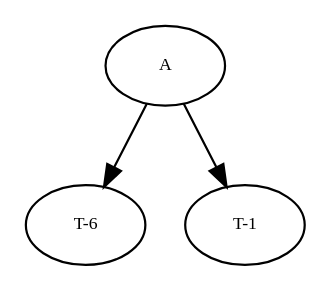
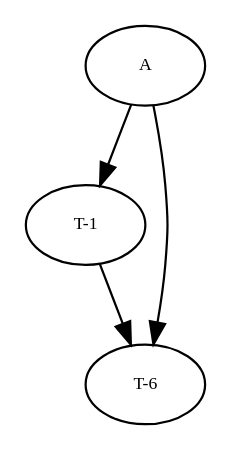
One commit to amso100/livescript-declarations changed the diagram in graphs/dg.dot. Above: the diagram before and after it, drawn with Graphviz. The commit also changed 9 other files, not shown here.

```diff
--- a/graphs/dg.dot
+++ b/graphs/dg.dot
@@ -1,24 +1,28 @@
 digraph RGL__DirectedAdjacencyGraph {
-    A [
+    "T-1" [
         fontsize = 8,
-        label = A
+        label = "T-1"
     ]
 
     "T-6" [
         fontsize = 8,
         label = "T-6"
     ]
 
-    "T-1" [
+    A [
         fontsize = 8,
-        label = "T-1"
+        label = A
+    ]
+
+    "T-1" -> "T-6" [
+        fontsize = 8
     ]
 
     A -> "T-6" [
         fontsize = 8
     ]
 
     A -> "T-1" [
         fontsize = 8
     ]
 }
```
